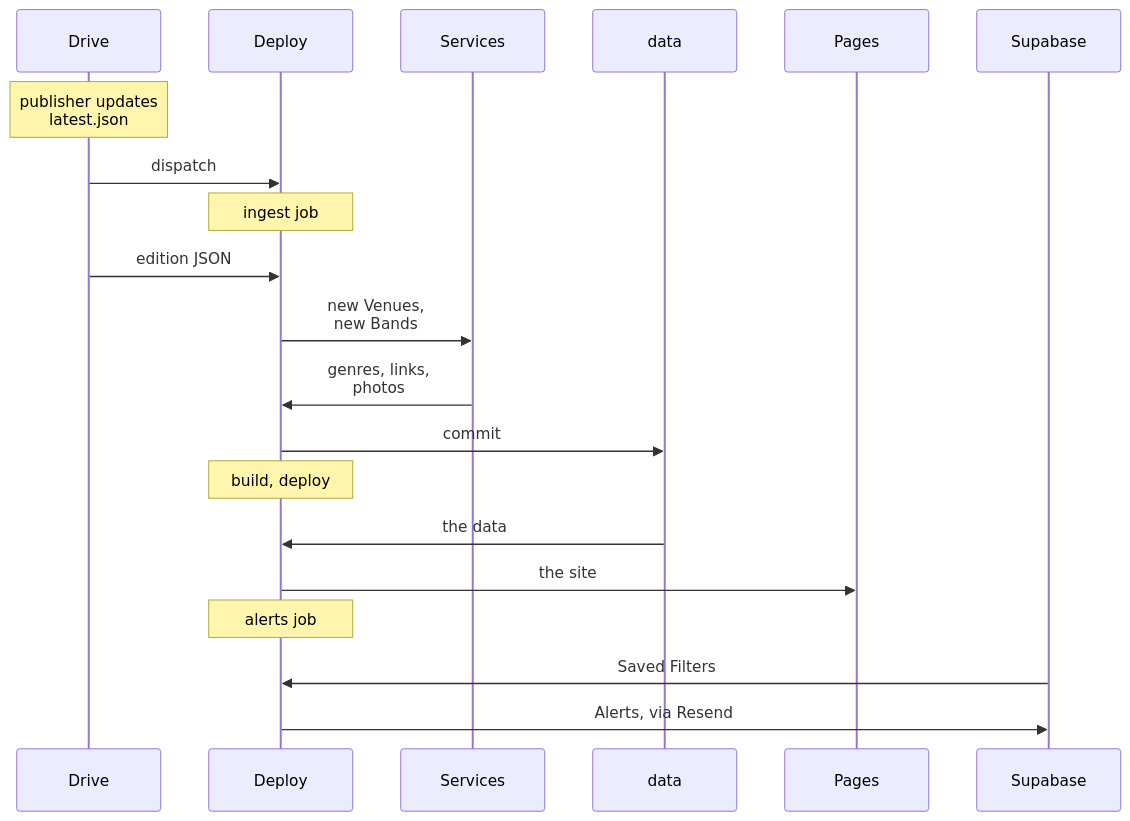
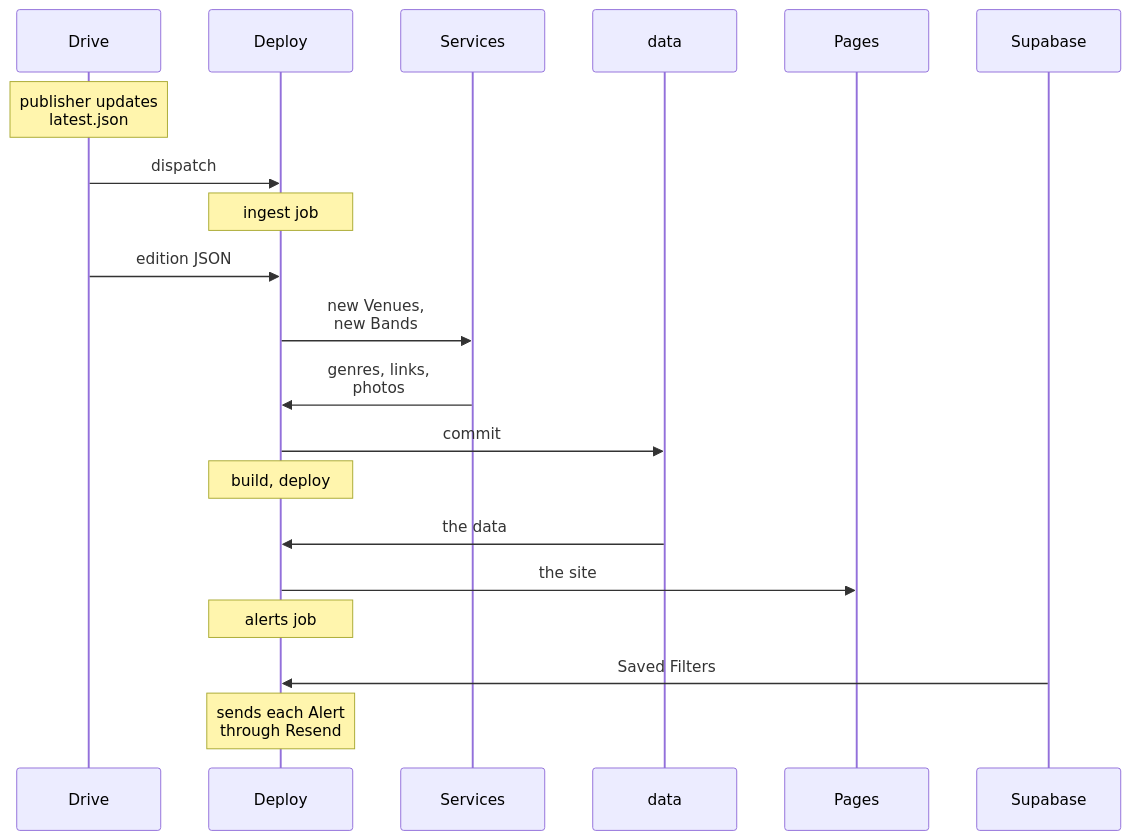
The sixth of 6 diagrams in docs/guide/architecture.md (jsturgis/the_list), drawn with Mermaid before and after one commit. The commit also changed other lines of this file and 10 other files, not shown here.

````diff
--- a/docs/guide/architecture.md
+++ b/docs/guide/architecture.md
@@ -217,24 +217,24 @@
 ```mermaid
 sequenceDiagram
   accTitle: The weekly run
   accDescr: The Drive publisher updates latest.json and dispatches Deploy. The ingest job reads the edition from Drive, looks new Venues and Bands up on the services and commits to the data branch. The build and deploy jobs publish the site to Pages. The alerts job reads Saved Filters from Supabase and sends each person's Alert through Resend.
   participant Drive
   participant GH as Deploy
   participant Svc as Services
   participant Data as data
   participant Pages
   participant SB as Supabase
   Note over Drive: publisher updates<br/>latest.json
   Drive->>GH: dispatch
   Note over GH: ingest job
   Drive->>GH: edition JSON
   GH->>Svc: new Venues,<br/>new Bands
   Svc->>GH: genres, links,<br/>photos
   GH->>Data: commit
   Note over GH: build, deploy
   Data->>GH: the data
   GH->>Pages: the site
   Note over GH: alerts job
   SB->>GH: Saved Filters
-  GH->>SB: Alerts, via Resend
+  Note over GH: sends each Alert<br/>through Resend
 ```
````
